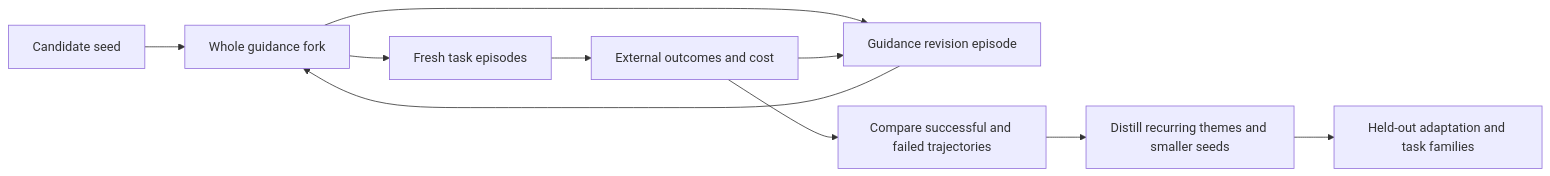
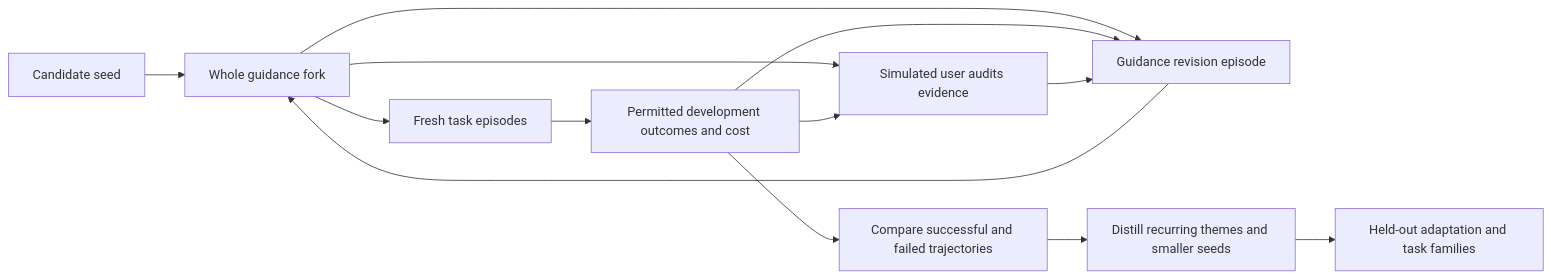
Before and after one commit to graehl/agents: the diagram in topics/instruction-ablation.sketches.md, drawn with Mermaid. The commit also changed other lines of this file and 2 other files, not shown here.

````diff
--- a/topics/instruction-ablation.sketches.md
+++ b/topics/instruction-ablation.sketches.md
@@ -49,12 +52,15 @@
 ```mermaid
 flowchart LR
   S[Candidate seed] --> F[Whole guidance fork]
   F --> A[Guidance revision episode]
   A --> F
   F --> T[Fresh task episodes]
-  T --> E[External outcomes and cost]
+  T --> E[Permitted development outcomes and cost]
   E --> A
+  F --> U[Simulated user audits evidence]
+  E --> U
+  U --> A
   E --> D[Compare successful and failed trajectories]
   D --> P[Distill recurring themes and smaller seeds]
   P --> H[Held-out adaptation and task families]
 ```
````
